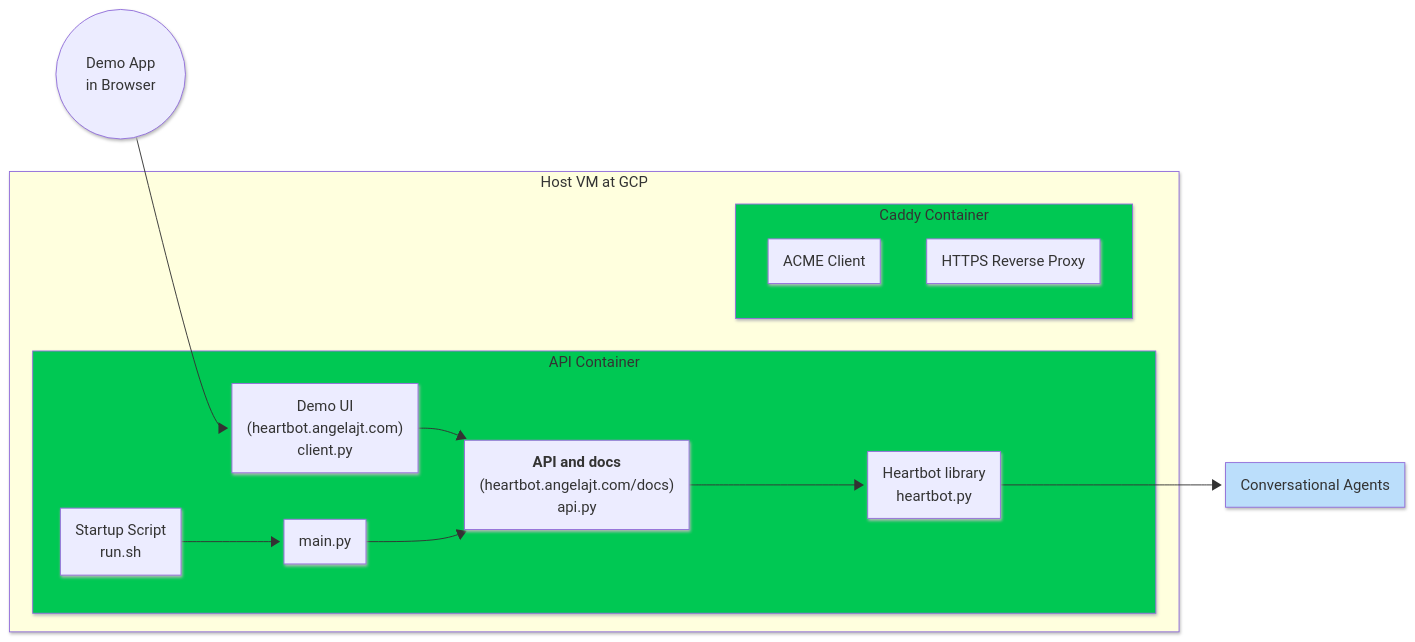
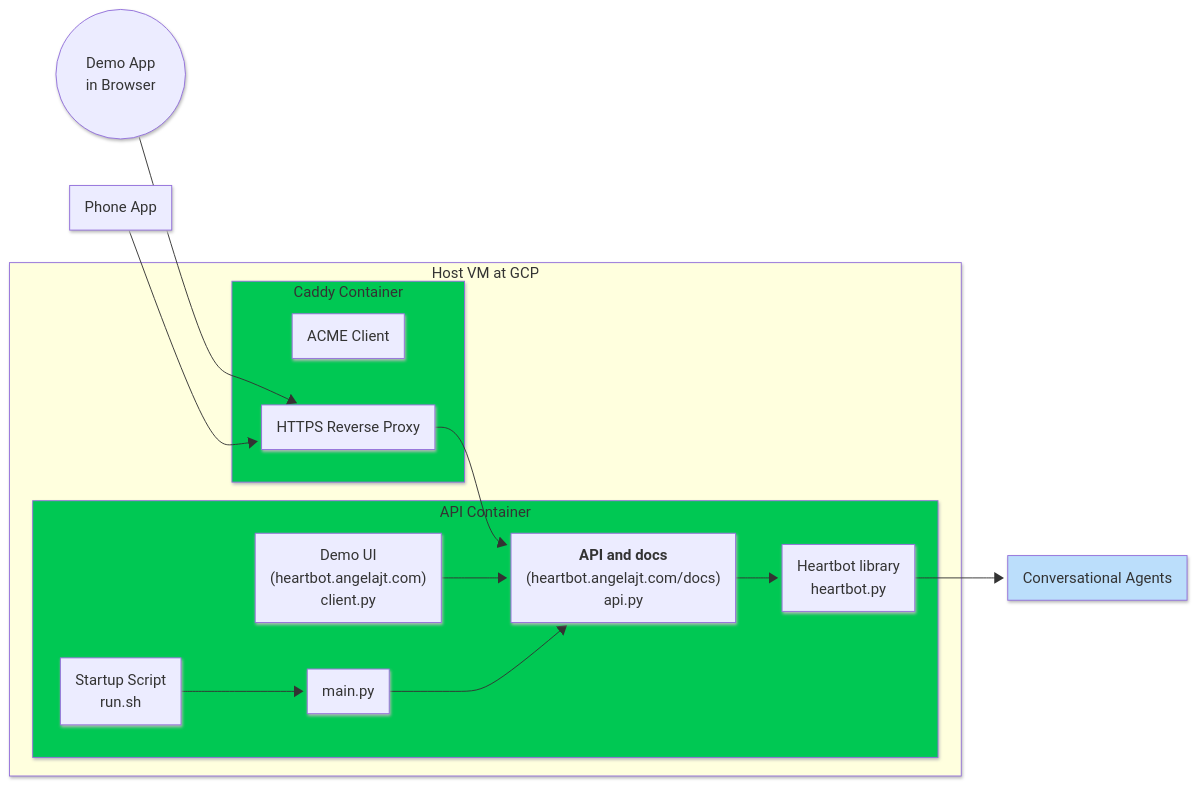
Before and after one commit to angelajt/heartbot: the diagram in README.md, drawn with Mermaid.

Commit message:
fix lines in README diagram

````diff
--- a/README.md
+++ b/README.md
@@ -3,33 +3,35 @@
 ```mermaid
 ---
 config:
   layout: dagre
   look: neo
 ---
 flowchart LR
  subgraph API_Container["API Container"]
         ui["Demo UI<br>(heartbot.angelajt.com)<br>client.py"]
         api["<b>API and docs</b><br>(heartbot.angelajt.com/docs)<br>api.py"]
         heartbot["Heartbot library<br>heartbot.py"]
         startup["Startup Script<br>run.sh"]
         server["main.py"]
   end
   subgraph Caddy_Container["Caddy Container"]
         acme["ACME Client"]
         proxy["HTTPS Reverse Proxy"]
   end
  subgraph Host_VM["Host VM at GCP"]
         API_Container
         Caddy_Container
   end
-    browser["Demo App <br>in Browser"] --> ui
+    browser["Demo App <br>in Browser"] --> proxy
+    phoneapp["Phone App"] --> proxy
+    proxy --> api
     ui --> api
     api --> heartbot
     heartbot --> ca["Conversational Agents"]
     startup --> server
     server --> api
     browser@{shape: circle}
     style API_Container fill:#00C853
     style Caddy_Container fill:#00C853
     style ca fill:#BBDEFB
 ```
````
